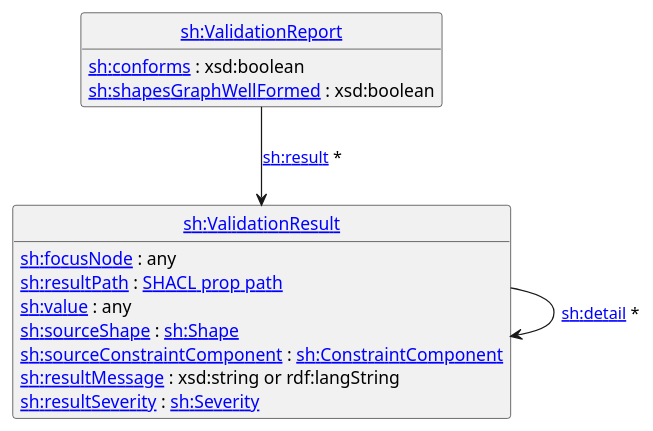
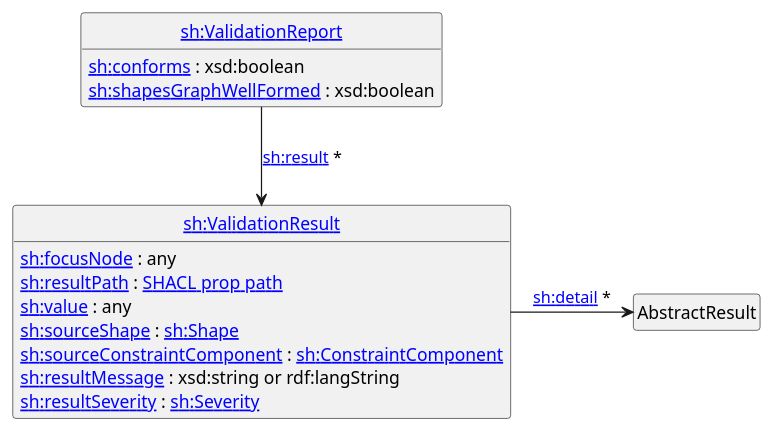
One commit to w3c/data-shapes changed the diagram in shacl12-core/images/ValidationReport-UML.puml. Above: the diagram before and after it, drawn with PlantUML.

```diff
--- a/shacl12-core/images/ValidationReport-UML.puml
+++ b/shacl12-core/images/ValidationReport-UML.puml
@@ -1,23 +1,23 @@
 @startuml
 hide circles
 hide empty members
 skinparam pathHoverColor red ' on cover, highlight blue links as red
 
 class "<color:blue><u>sh:ValidationReport" as ValidationReport [[#results-validation-report]] {
   [[#conforms sh:conforms]] : xsd:boolean
   [[#shapesGraphWellFormed sh:shapesGraphWellFormed]] : xsd:boolean
 }
 
 class "<color:blue><u>sh:ValidationResult" as ValidationResult [[#results-validation-result]] {
   [[#results-focus-node sh:focusNode]] : any
   [[#results-path sh:resultPath]] : [[#property-paths SHACL prop path]]
   [[#results-value sh:value]] : any
   [[#results-source-shape sh:sourceShape]] : [[#shapes sh:Shape]]
   [[#results-source-constraint-component sh:sourceConstraintComponent]] : [[#dfn-constraint-component sh:ConstraintComponent]]
   [[#results-message sh:resultMessage]] : xsd:string or rdf:langString
   [[#results-severity sh:resultSeverity]] : [[#severity sh:Severity]]
 }
 
 ValidationReport --> ValidationResult : [[#result sh:result]] * 
-ValidationResult -> ValidationResult : [[#results-detail sh:detail]] * 
+ValidationResult -> AbstractResult : [[#results-detail sh:detail]] * 
 @enduml
```
